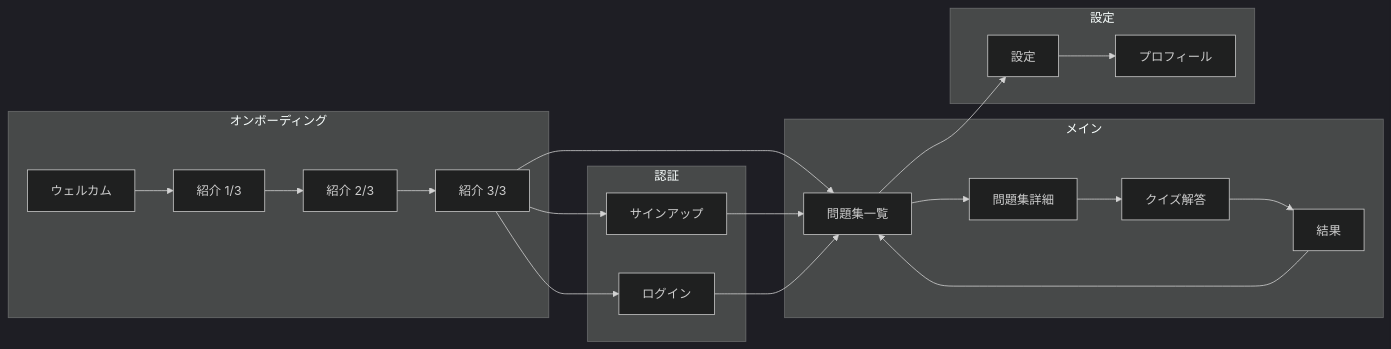
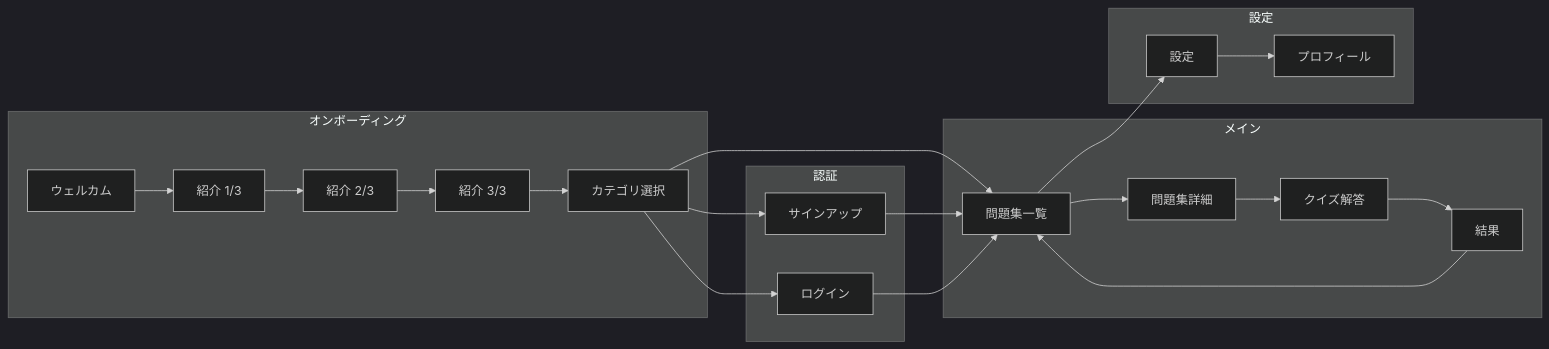
The third of 3 diagrams in docs/ios.md (takoikatakotako/rikako), drawn with Mermaid (dark theme) before and after one commit. The commit also changed other lines of this file, not shown here.

Commit message:
画面遷移図にカテゴリ選択を追加

````diff
--- a/docs/ios.md
+++ b/docs/ios.md
@@ -41,35 +42,36 @@
 ```mermaid
 flowchart LR
     subgraph オンボーディング
         Welcome[ウェルカム]
         Intro1[紹介 1/3]
         Intro2[紹介 2/3]
         Intro3[紹介 3/3]
+        CategorySelect[カテゴリ選択]
     end
 
     subgraph 認証
         SignUp[サインアップ]
         Login[ログイン]
     end
 
     subgraph メイン
         WorkbookList[問題集一覧]
         WorkbookDetail[問題集詳細]
         Quiz[クイズ解答]
         Result[結果]
     end
 
     subgraph 設定
         Settings[設定]
         Profile[プロフィール]
     end
 
-    Welcome --> Intro1 --> Intro2 --> Intro3
-    Intro3 --> SignUp
-    Intro3 --> Login
-    Intro3 --> WorkbookList
+    Welcome --> Intro1 --> Intro2 --> Intro3 --> CategorySelect
+    CategorySelect --> SignUp
+    CategorySelect --> Login
+    CategorySelect --> WorkbookList
     SignUp --> WorkbookList
     Login --> WorkbookList
     WorkbookList --> WorkbookDetail --> Quiz --> Result --> WorkbookList
     WorkbookList --> Settings --> Profile
 ```
````
